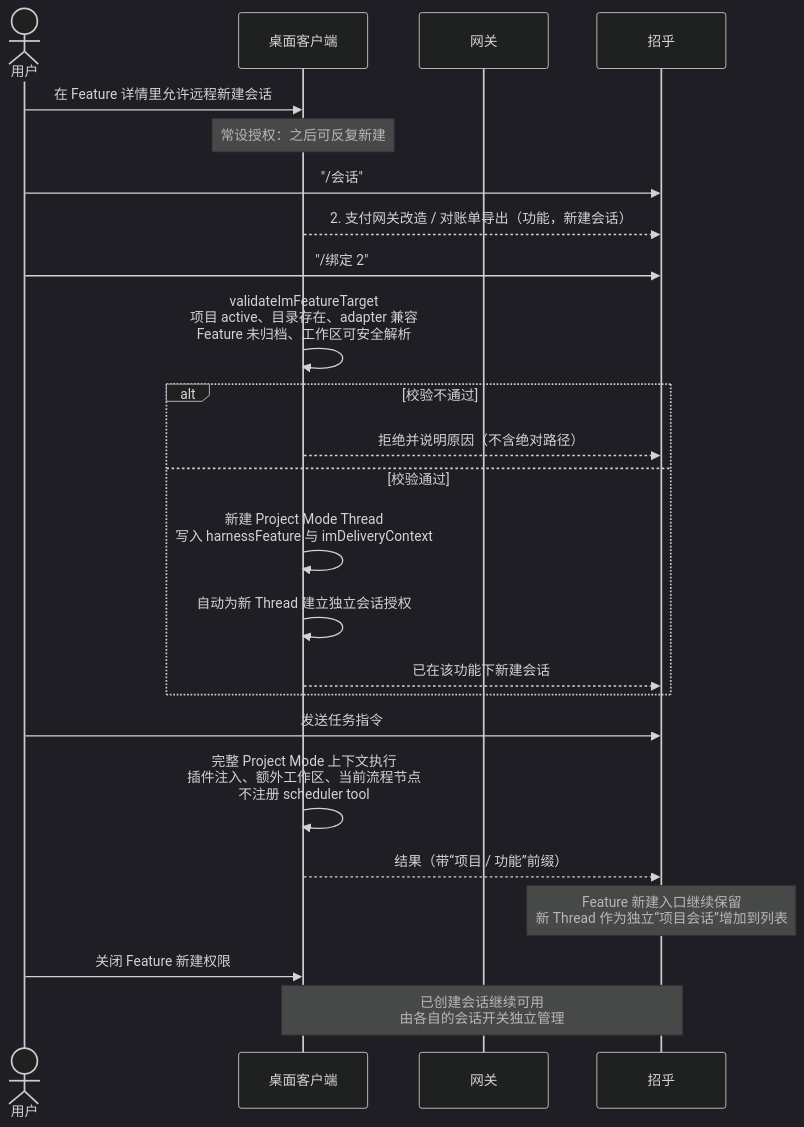
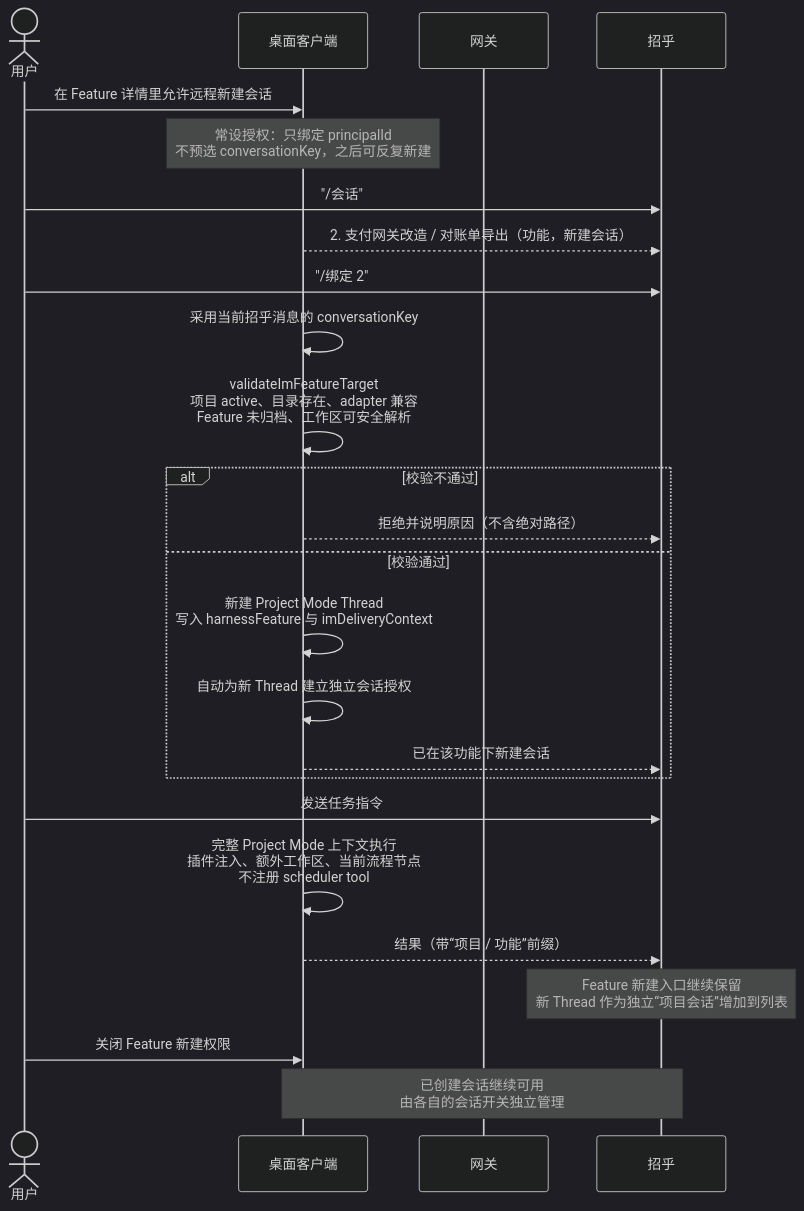
The fifth of 7 diagrams in docs/chatx-im-remote-control-use-cases.md (seanchen1993/CmbCoworkAgent), drawn with Mermaid (dark theme) before and after one commit. The commit also changed other lines of this file and 16 other files, not shown here.

````diff
--- a/docs/chatx-im-remote-control-use-cases.md
+++ b/docs/chatx-im-remote-control-use-cases.md
@@ -116,31 +116,32 @@
 ```mermaid
 sequenceDiagram
   actor U as 用户
   participant D as 桌面客户端
   participant G as 网关
   participant Z as 招乎
 
   U->>D: 在 Feature 详情里允许远程新建会话
-  Note over D: 常设授权：之后可反复新建
+  Note over D: 常设授权：只绑定 principalId<br/>不预选 conversationKey，之后可反复新建
 
   U->>Z: "/会话"
   D-->>Z: 2. 支付网关改造 / 对账单导出（功能，新建会话）
   U->>Z: "/绑定 2"
 
+  D->>D: 采用当前招乎消息的 conversationKey
   D->>D: validateImFeatureTarget<br/>项目 active、目录存在、adapter 兼容<br/>Feature 未归档、工作区可安全解析
   alt 校验不通过
     D-->>Z: 拒绝并说明原因（不含绝对路径）
   else 校验通过
     D->>D: 新建 Project Mode Thread<br/>写入 harnessFeature 与 imDeliveryContext
     D->>D: 自动为新 Thread 建立独立会话授权
     D-->>Z: 已在该功能下新建会话
   end
 
   U->>Z: 发送任务指令
   D->>D: 完整 Project Mode 上下文执行<br/>插件注入、额外工作区、当前流程节点<br/>不注册 scheduler tool
   D-->>Z: 结果（带“项目 / 功能”前缀）
 
   Note over Z: Feature 新建入口继续保留<br/>新 Thread 作为独立“项目会话”增加到列表
   U->>D: 关闭 Feature 新建权限
   Note over D,Z: 已创建会话继续可用<br/>由各自的会话开关独立管理
 ```
````
